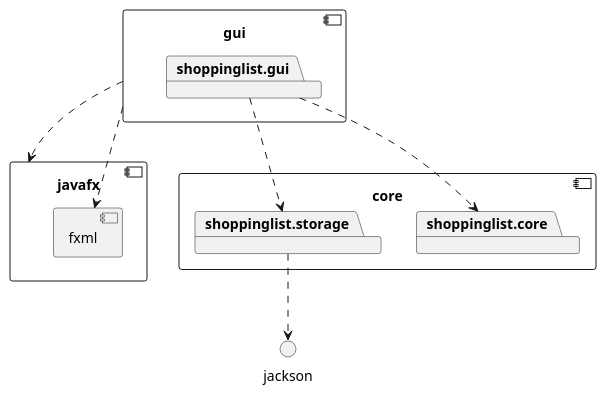
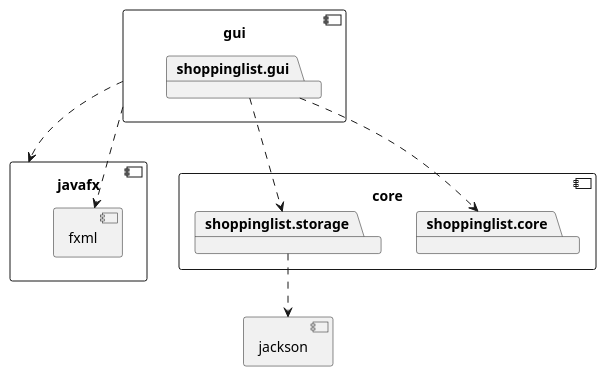
Before and after one commit to Espenbfo/shopping-list-java-project: the diagram in shoppinglist/architecture.puml, drawn with PlantUML.

```diff
--- a/shoppinglist/architecture.puml
+++ b/shoppinglist/architecture.puml
@@ -1,23 +1,26 @@
 @startuml
 
 component core {
 	package shoppinglist.core
 	package shoppinglist.storage
 }
 
 component gui {
 	package shoppinglist.gui
 }
 
 component javafx {
 	component fxml {
 	}
 }
 
+component jackson{
+}
+
 shoppinglist.gui ..> shoppinglist.core
 shoppinglist.gui ..> shoppinglist.storage
 gui ..> javafx
 gui ..> fxml
 shoppinglist.storage ..> jackson
 
 @enduml
```
